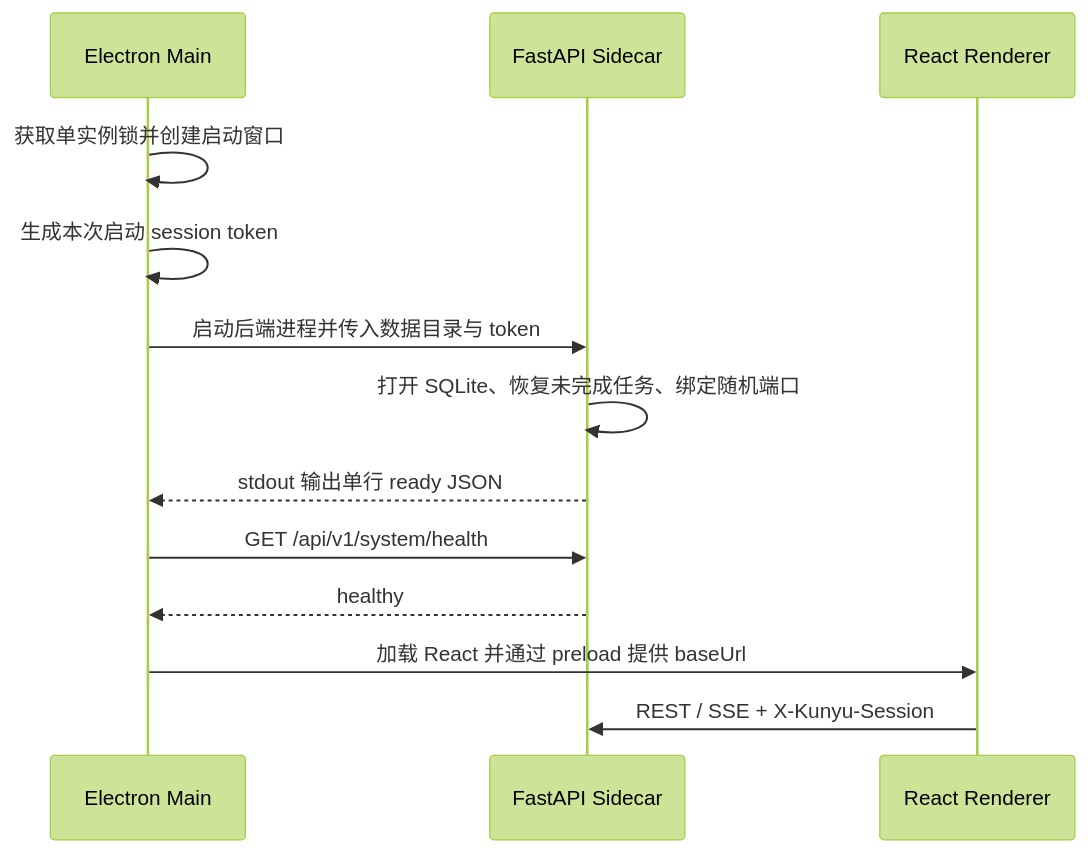
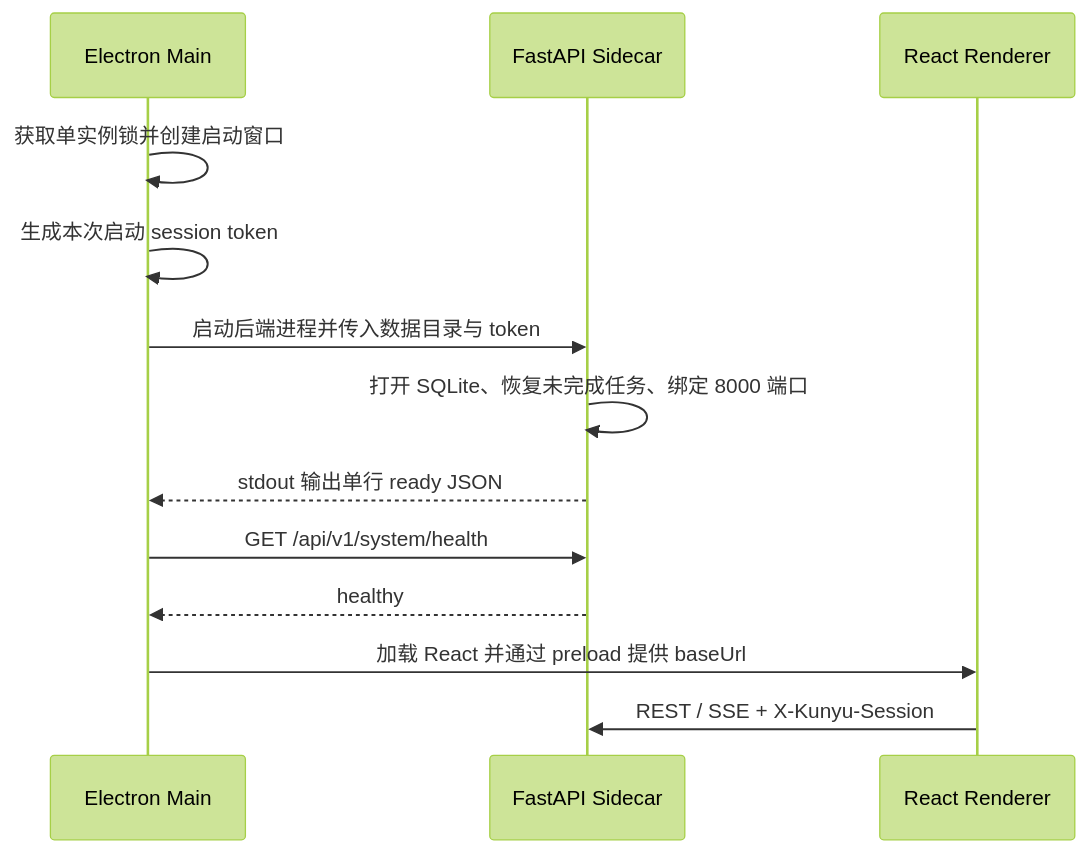
One commit to haodijia/kunyu-geoagent changed the third of 5 diagrams in docs/开发架构设计.md. Above: the diagram before and after it, drawn with Mermaid (forest theme). The commit also changed other lines of this file and 6 other files, not shown here.

````diff
--- a/docs/开发架构设计.md
+++ b/docs/开发架构设计.md
@@ -484,16 +484,16 @@
 ```mermaid
 sequenceDiagram
     participant E as Electron Main
     participant B as FastAPI Sidecar
     participant R as React Renderer
 
     E->>E: 获取单实例锁并创建启动窗口
     E->>E: 生成本次启动 session token
     E->>B: 启动后端进程并传入数据目录与 token
-    B->>B: 打开 SQLite、恢复未完成任务、绑定随机端口
+    B->>B: 打开 SQLite、恢复未完成任务、绑定 8000 端口
     B-->>E: stdout 输出单行 ready JSON
     E->>B: GET /api/v1/system/health
     B-->>E: healthy
     E->>R: 加载 React 并通过 preload 提供 baseUrl
     R->>B: REST / SSE + X-Kunyu-Session
 ```
````
